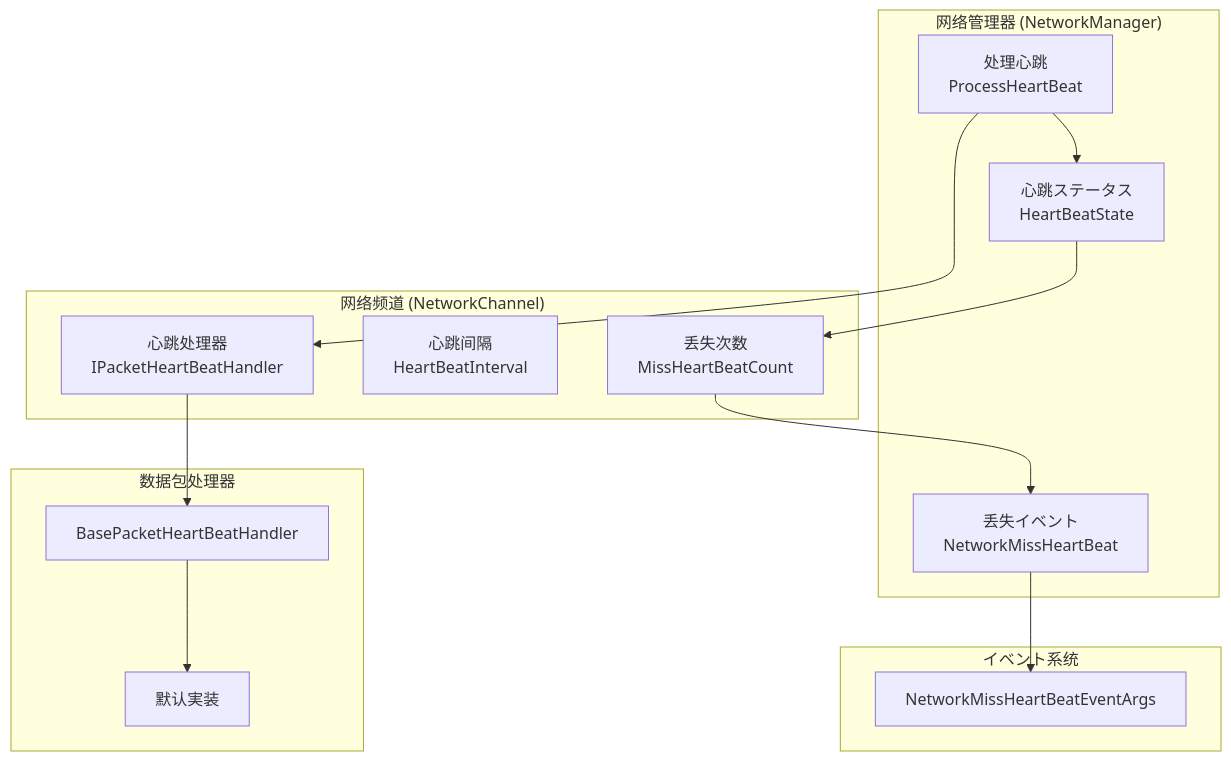
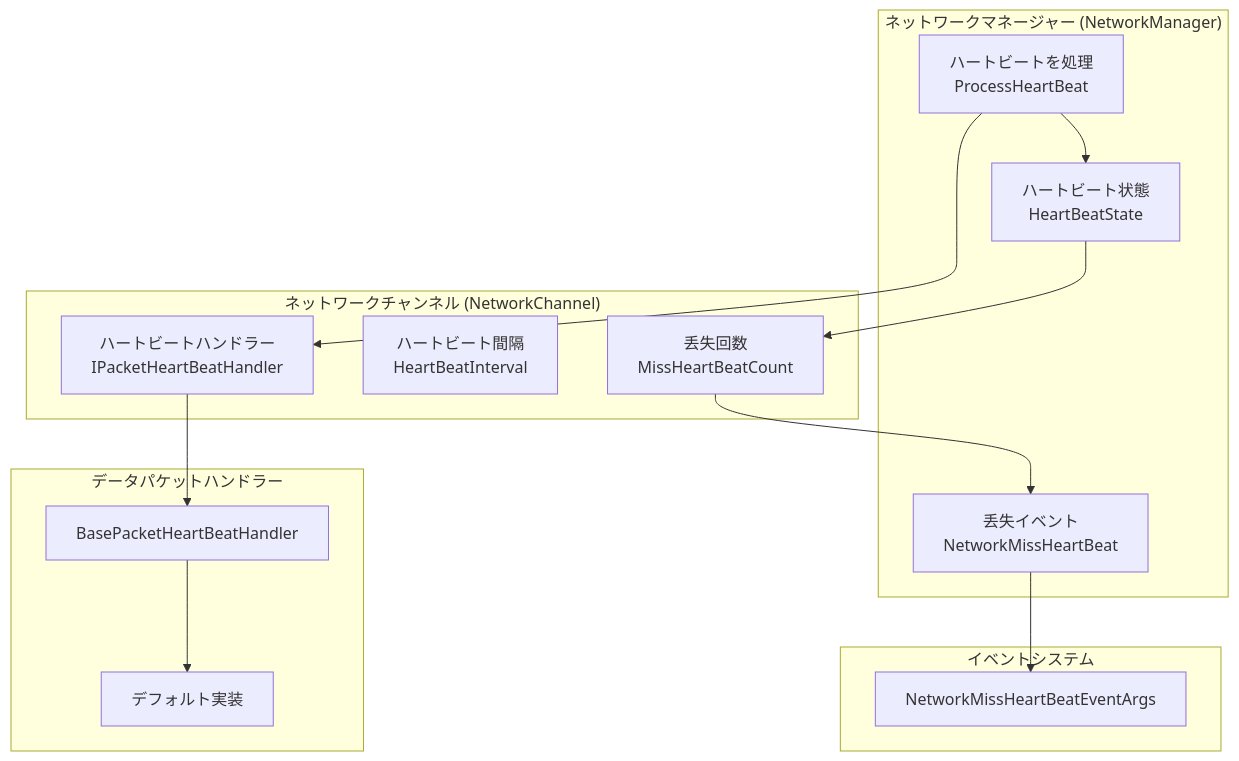
Before and after one commit to AlianBlank/GameFrameX.Docs: the first of 2 diagrams in docs/ja/client/unity/component/network/09.heartbeat.md, drawn with Mermaid. The commit also changed other lines of this file and 320 other files, not shown here.

````diff
--- a/docs/ja/client/unity/component/network/09.heartbeat.md
+++ b/docs/ja/client/unity/component/network/09.heartbeat.md
@@ -20,31 +20,31 @@
 ```mermaid
 graph TD
-    subgraph NetworkManager["网络管理器 (NetworkManager)"]
-        HBState["心跳ステータス<br/>HeartBeatState"]
-        ProcessHB["处理心跳<br/>ProcessHeartBeat"]
+    subgraph NetworkManager["ネットワークマネージャー (NetworkManager)"]
+        HBState["ハートビート状態<br/>HeartBeatState"]
+        ProcessHB["ハートビートを処理<br/>ProcessHeartBeat"]
         MissEvent["丢失イベント<br/>NetworkMissHeartBeat"]
     end
 
-    subgraph NetworkChannel["网络频道 (NetworkChannel)"]
-        HBHandler["心跳处理器<br/>IPacketHeartBeatHandler"]
-        HBInterval["心跳间隔<br/>HeartBeatInterval"]
-        MissCount["丢失次数<br/>MissHeartBeatCount"]
+    subgraph NetworkChannel["ネットワークチャンネル (NetworkChannel)"]
+        HBHandler["ハートビートハンドラー<br/>IPacketHeartBeatHandler"]
+        HBInterval["ハートビート間隔<br/>HeartBeatInterval"]
+        MissCount["丢失回数<br/>MissHeartBeatCount"]
     end
 
-    subgraph PacketHandler["数据包处理器"]
+    subgraph PacketHandler["データパケットハンドラー"]
         BaseHB["BasePacketHeartBeatHandler"]
-        DefHB["默认実装"]
+        DefHB["デフォルト実装"]
     end
 
-    subgraph Event["イベント系统"]
+    subgraph Event["イベントシステム"]
         EventArgs["NetworkMissHeartBeatEventArgs"]
     end
 
     ProcessHB --> HBState
     ProcessHB --> HBHandler
     HBHandler --> BaseHB
     BaseHB --> DefHB
     HBState --> MissCount
     MissCount --> MissEvent
     MissEvent --> EventArgs
 ```
````
